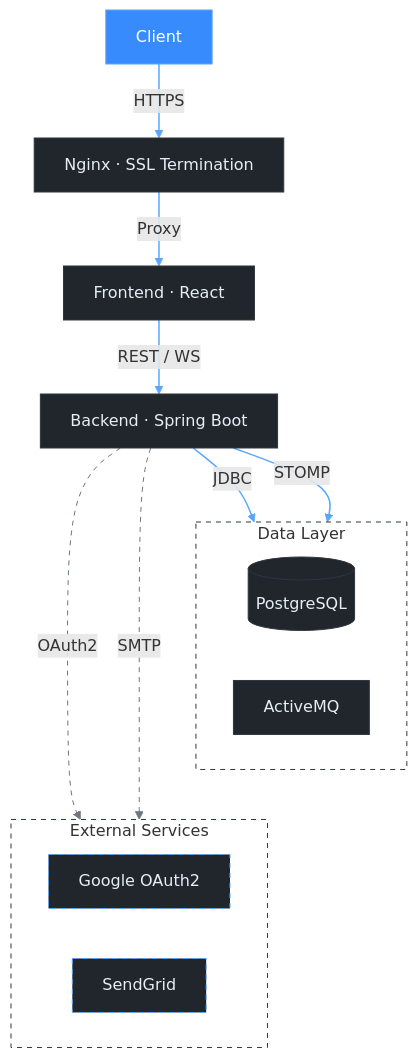
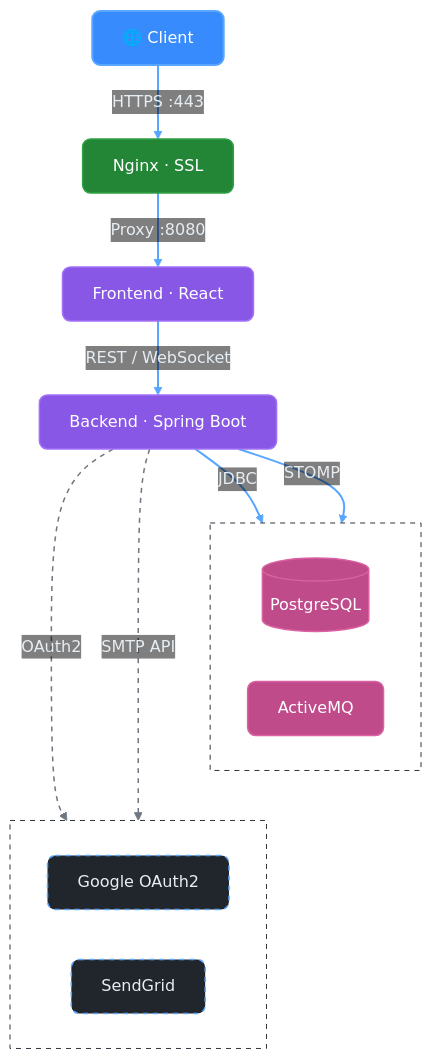
One commit to sagi-menahem/SynchBoard changed the diagram in README.md. Above: the diagram before and after it, drawn with Mermaid.

Commit message:
docs: enhance mermaid diagram in README with improved theme variables and styling for better clarity and aesthetics

````diff
--- a/README.md
+++ b/README.md
@@ -64,39 +64,58 @@
 ```mermaid
+%%{init: {
+  'theme': 'base',
+  'themeVariables': {
+    'primaryColor': '#21262d',
+    'primaryTextColor': '#e6edf3',
+    'primaryBorderColor': '#30363d',
+    'lineColor': '#58a6ff',
+    'secondaryColor': '#161b22',
+    'tertiaryColor': '#0d1117',
+    'tertiaryTextColor': '#ffffff',
+    'edgeLabelBackground': 'transparent',
+    'nodeTextColor': '#e6edf3',
+    'clusterBkg': 'transparent',
+    'clusterBorder': '#30363d'
+  }
+}}%%
 flowchart TD
-    classDef default fill:#21262d,stroke:#30363d,stroke-width:1px,color:#e6edf3
-    classDef accent fill:#388bfd,stroke:#58a6ff,stroke-width:1px,color:#ffffff
-    classDef external fill:#21262d,stroke:#58a6ff,stroke-width:1px,color:#e6edf3,stroke-dasharray:5 5
+    classDef default fill:#21262d,stroke:#30363d,stroke-width:1.5px,color:#e6edf3,rx:8,ry:8
+    classDef client fill:#388bfd,stroke:#58a6ff,stroke-width:2px,color:#ffffff,rx:8,ry:8
+    classDef infra fill:#238636,stroke:#2ea043,stroke-width:1.5px,color:#ffffff,rx:8,ry:8
+    classDef app fill:#8957e5,stroke:#a371f7,stroke-width:1.5px,color:#ffffff,rx:8,ry:8
+    classDef data fill:#bf4b8a,stroke:#db61a2,stroke-width:1.5px,color:#ffffff,rx:8,ry:8
+    classDef external fill:#21262d,stroke:#58a6ff,stroke-width:1.5px,color:#e6edf3,rx:8,ry:8,stroke-dasharray:5 5
 
-    Client["Client"]:::accent
-    Nginx["Nginx · SSL Termination"]
-    Frontend["Frontend · React"]
-    Backend["Backend · Spring Boot"]
+    Client["🌐 Client"]:::client
+    Nginx["Nginx · SSL"]:::infra
+    Frontend["Frontend · React"]:::app
+    Backend["Backend · Spring Boot"]:::app
 
-    subgraph data ["Data Layer"]
+    subgraph dataLayer ["  Data Layer  "]
         direction LR
-        Postgres[("PostgreSQL")]
-        ActiveMQ["ActiveMQ"]
+        Postgres[("PostgreSQL")]:::data
+        ActiveMQ["ActiveMQ"]:::data
     end
 
-    subgraph external ["External Services"]
+    subgraph externalLayer ["  External Services  "]
         direction LR
         Google["Google OAuth2"]:::external
         SendGrid["SendGrid"]:::external
     end
 
-    Client -->|HTTPS| Nginx
-    Nginx -->|Proxy| Frontend
-    Frontend -->|REST / WS| Backend
-    Backend -->|JDBC| Postgres
-    Backend -->|STOMP| ActiveMQ
-    Backend -.->|OAuth2| Google
-    Backend -.->|SMTP| SendGrid
+    Client -->|"HTTPS :443"| Nginx
+    Nginx -->|"Proxy :8080"| Frontend
+    Frontend -->|"REST / WebSocket"| Backend
+    Backend -->|"JDBC"| Postgres
+    Backend -->|"STOMP"| ActiveMQ
+    Backend -.->|"OAuth2"| Google
+    Backend -.->|"SMTP API"| SendGrid
 
-    data ~~~ external
+    dataLayer ~~~ externalLayer
 
-    style data fill:#0d111700,stroke:#30363d,stroke-width:1px,stroke-dasharray:5 5
-    style external fill:#0d111700,stroke:#30363d,stroke-width:1px,stroke-dasharray:5 5
+    style dataLayer fill:transparent,stroke:#30363d,stroke-width:1px,stroke-dasharray:5 5
+    style externalLayer fill:transparent,stroke:#30363d,stroke-width:1px,stroke-dasharray:5 5
 
-    linkStyle 0,1,2,3,4 stroke:#58a6ff,stroke-width:1.5px
-    linkStyle 5,6 stroke:#6e7681,stroke-width:1px,stroke-dasharray:5 5
+    linkStyle 0,1,2,3,4 stroke:#58a6ff,stroke-width:2px
+    linkStyle 5,6 stroke:#6e7681,stroke-width:1.5px,stroke-dasharray:5 5
 ```
````
